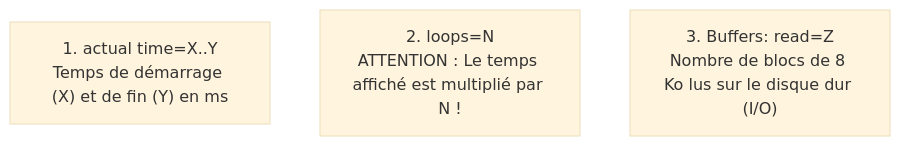
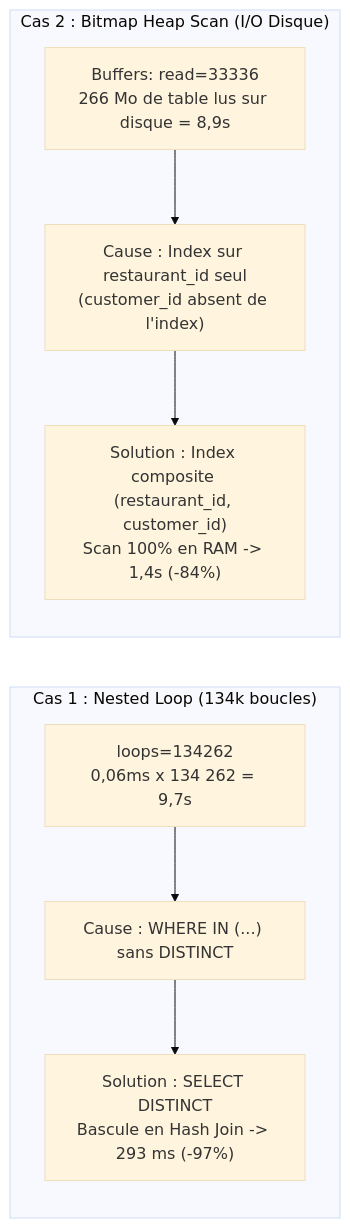
Before and after one commit to romainchavalle/postgresql-performance-audit-harness: the diagram in docs/guide_lecture_explain.md, drawn with Mermaid (base theme). The commit also changed other lines of this file and 1 other file, not shown here.

````diff
--- a/docs/guide_lecture_explain.md
+++ b/docs/guide_lecture_explain.md
@@ -11,6 +19,12 @@
 ```mermaid
-flowchart TD
-    A["1. actual time=X..Y<br/>Temps de démarrage (X) et de fin (Y) en ms"]
-    B["2. loops=N<br/>ATTENTION : Le temps affiché est multiplié par N !"]
-    C["3. Buffers: read=Z<br/>Nombre de blocs de 8 Ko lus sur le disque dur (I/O)"]
+flowchart LR
+    subgraph Cas1["Cas 1 : Nested Loop (134k boucles)"]
+        A1["loops=134262<br/>0,06ms x 134 262 = 9,7s"] --> B1["Cause : WHERE IN (...) sans DISTINCT"]
+        B1 --> C1["Solution : SELECT DISTINCT<br/>Bascule en Hash Join -> 293 ms (-97%)"]
+    end
+
+    subgraph Cas2["Cas 2 : Bitmap Heap Scan (I/O Disque)"]
+        A2["Buffers: read=33336<br/>266 Mo de table lus sur disque = 8,9s"] --> B2["Cause : Index sur restaurant_id seul<br/>(customer_id absent de l'index)"]
+        B2 --> C2["Solution : Index composite (restaurant_id, customer_id)<br/>Scan 100% en RAM -> 1,4s (-84%)"]
+    end
 ```
````
